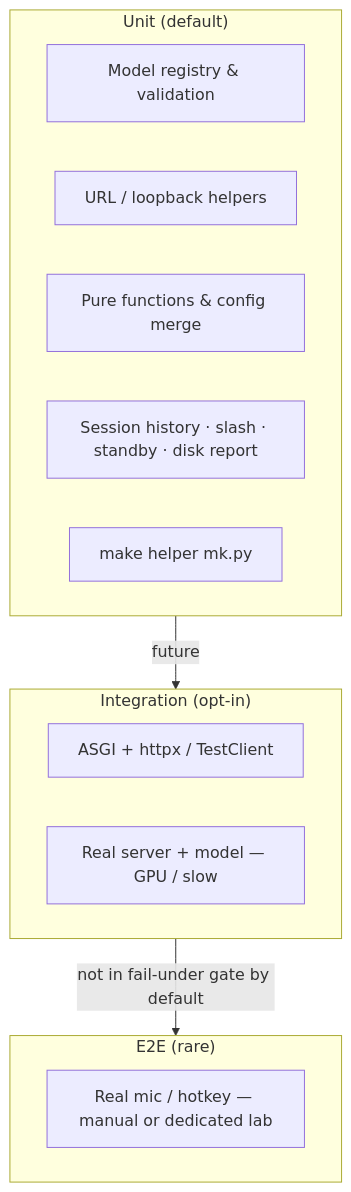
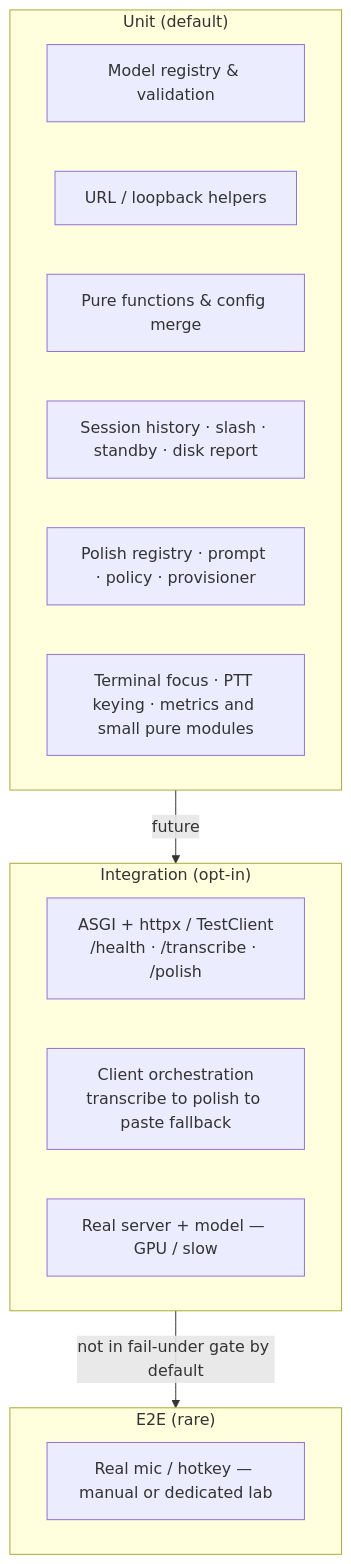
One commit to chris-piekarski/voxium-ptt changed the first of 2 diagrams in docs/testing.md. Above: the diagram before and after it, drawn with Mermaid. The commit also changed other lines of this file and 70 other files, not shown here.

````diff
--- a/docs/testing.md
+++ b/docs/testing.md
@@ -23,19 +23,21 @@
 ```mermaid
 flowchart TB
   subgraph unit["Unit (default)"]
     U1[Model registry & validation]
     U2[URL / loopback helpers]
     U3[Pure functions & config merge]
     U4[Session history · slash · standby · disk report]
-    U5[make helper mk.py]
+    U5[Polish registry · prompt · policy · provisioner]
+    U6[Terminal focus · PTT keying · metrics and small pure modules]
   end
   subgraph integ["Integration (opt-in)"]
-    I1[ASGI + httpx / TestClient]
-    I2[Real server + model — GPU / slow]
+    I1[ASGI + httpx / TestClient\n/health · /transcribe · /polish]
+    I2[Client orchestration\ntranscribe to polish to paste fallback]
+    I3[Real server + model — GPU / slow]
   end
   subgraph e2e["E2E (rare)"]
     E1[Real mic / hotkey — manual or dedicated lab]
   end
   unit -->|future| integ
   integ -->|not in fail-under gate by default| e2e
 ```
````
